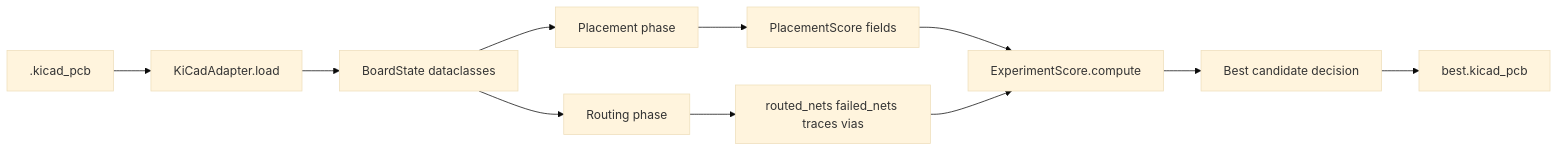
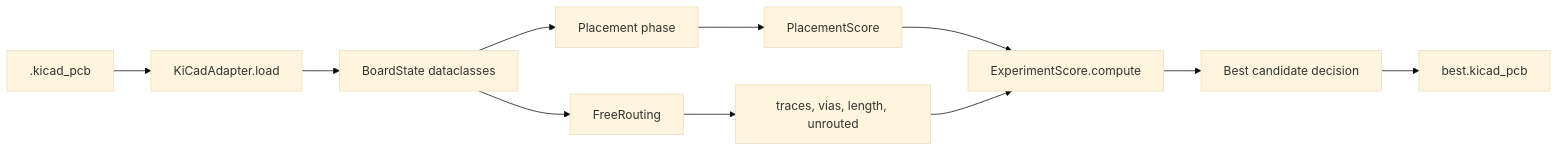
One commit to laforestlabs/LLUPS changed the second of 2 diagrams in docs/architecture.md. Above: the diagram before and after it, drawn with Mermaid (base theme). The commit also changed other lines of this file and 30 other files, not shown here.

````diff
--- a/docs/architecture.md
+++ b/docs/architecture.md
@@ -57,13 +50,13 @@
 ```mermaid
 flowchart LR
   kicadBoard[.kicad_pcb] --> adapterLoad[KiCadAdapter.load]
   adapterLoad --> boardState[BoardState dataclasses]
   boardState --> placementPhase[Placement phase]
-  boardState --> routingPhase[Routing phase]
-  placementPhase --> placementMetrics[PlacementScore fields]
-  routingPhase --> routingMetrics[routed_nets failed_nets traces vias]
+  placementPhase --> placementMetrics[PlacementScore]
+  boardState --> routingPhase[FreeRouting]
+  routingPhase --> routingMetrics[traces, vias, length, unrouted]
   placementMetrics --> expScore[ExperimentScore.compute]
   routingMetrics --> expScore
   expScore --> bestDecision[Best candidate decision]
   bestDecision --> bestBoard[best.kicad_pcb]
 ```
````
